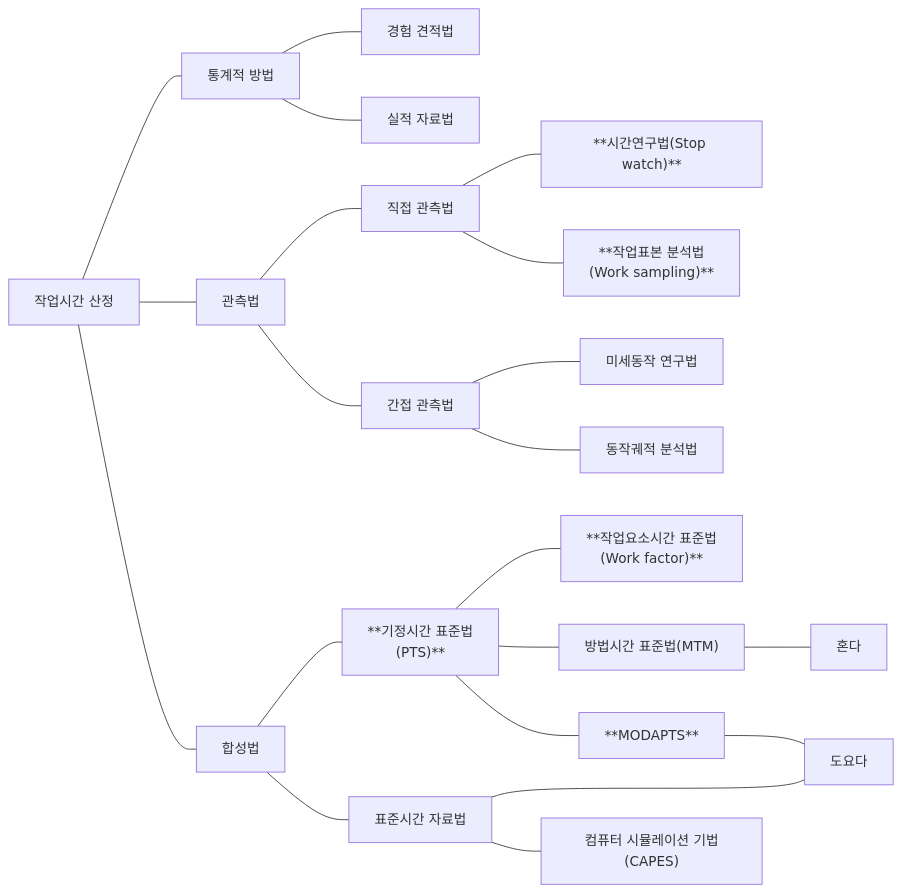
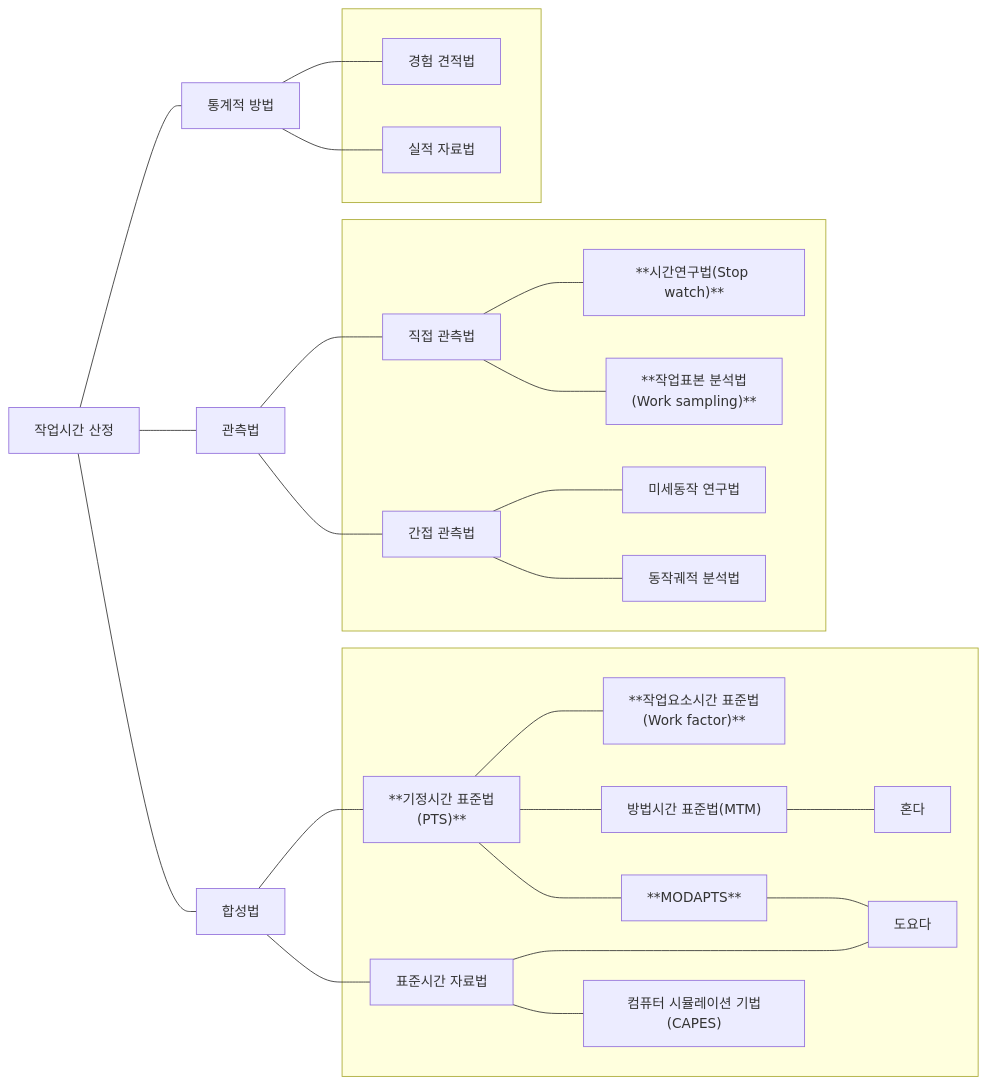
The first of 3 diagrams in 0701작업방법및시간연구.qmd (yeonkyupark/pepc2e), drawn with Mermaid before and after one commit. The commit also changed other lines of this file, not shown here.

````diff
--- a/0701작업방법및시간연구.qmd
+++ b/0701작업방법및시간연구.qmd
@@ -86,35 +80,41 @@
 ```{mermaid}
 flowchart LR
 00[작업시간 산정]
 01[통계적 방법]
 02[관측법]
 03[합성법]
 
+subgraph s01[" "]
 11[경험 견적법]
 12[실적 자료법]
+end
 
+subgraph s02[" "]
 21[직접 관측법]
 211["**시간연구법(Stop watch)**"]
 212["**작업표본 분석법<br>(Work sampling)**"]
 22[간접 관측법]
 221[미세동작 연구법]
 222[동작궤적 분석법]
+end
 
+subgraph s03[" "]
 31["**기정시간 표준법<br>(PTS)**"]
 311["**작업요소시간 표준법<br>(Work factor)**"]
 312["방법시간 표준법(MTM)"] --- 혼다
 32[표준시간 자료법] ---- D
 313["**MODAPTS**"] --- D[도요다]
 321["컴퓨터 시뮬레이션 기법(CAPES)"]
+end
 
 00 --- 01 & 02 & 03
 
 01 --- 11 & 12
 
 02 --- 21 --- 211 & 212
 02 --- 22 --- 221 & 222
 
 03 --- 31 --- 311 & 312 & 313
 03 --- 32 --- 321
 
 ```
````
